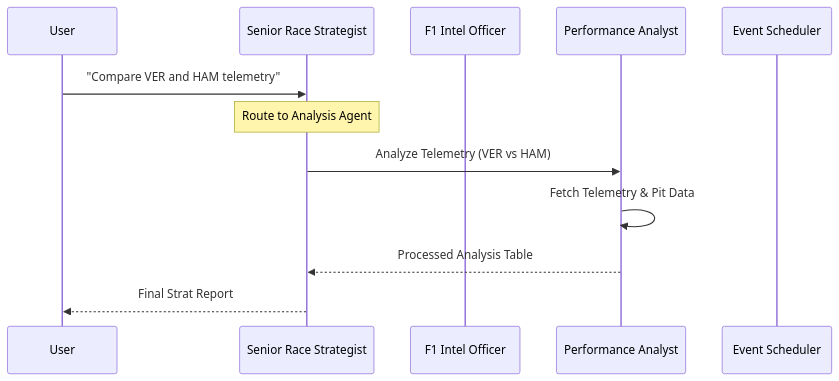
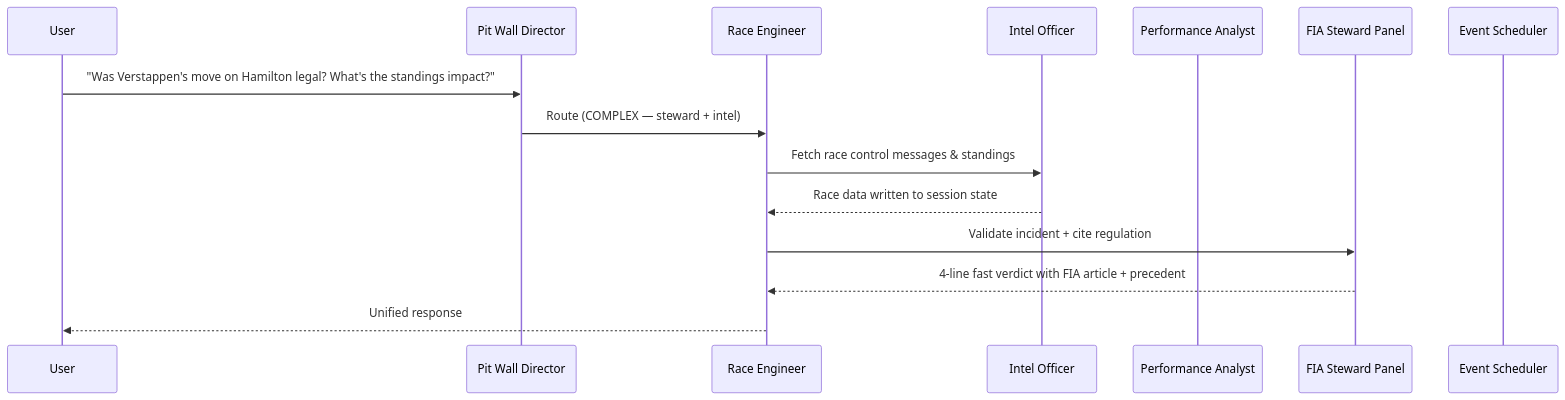
The diagram in README.md (OlixIgnacious/f1-ai-orchestrator), drawn with Mermaid before and after one commit. The commit also changed other lines of this file and 25 other files, not shown here.

````diff
--- a/README.md
+++ b/README.md
@@ -20,15 +39,18 @@
 ```mermaid
 sequenceDiagram
     participant User
-    participant Orchestrator as Senior Race Strategist
-    participant Intel as F1 Intel Officer
+    participant Orchestrator as Pit Wall Director
+    participant Coordinator as Race Engineer
+    participant Intel as Intel Officer
     participant Analysis as Performance Analyst
+    participant Steward as FIA Steward Panel
     participant Scheduler as Event Scheduler
 
-    User->>Orchestrator: "Compare VER and HAM telemetry"
-    Note over Orchestrator: Route to Analysis Agent
-    Orchestrator->>Analysis: Analyze Telemetry (VER vs HAM)
-    Analysis->>Analysis: Fetch Telemetry & Pit Data
-    Analysis-->>Orchestrator: Processed Analysis Table
-    Orchestrator-->>User: Final Strat Report
+    User->>Orchestrator: "Was Verstappen's move on Hamilton legal? What's the standings impact?"
+    Orchestrator->>Coordinator: Route (COMPLEX — steward + intel)
+    Coordinator->>Intel: Fetch race control messages & standings
+    Intel-->>Coordinator: Race data written to session state
+    Coordinator->>Steward: Validate incident + cite regulation
+    Steward-->>Coordinator: 4-line fast verdict with FIA article + precedent
+    Coordinator-->>User: Unified response
 ```
````
